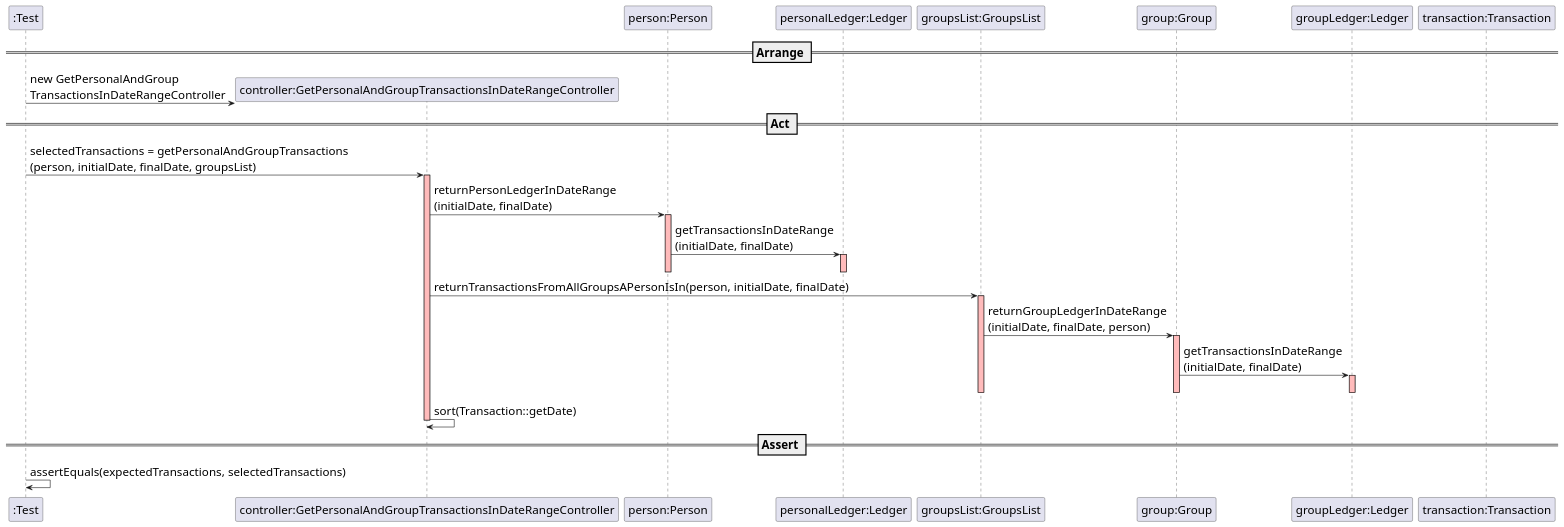
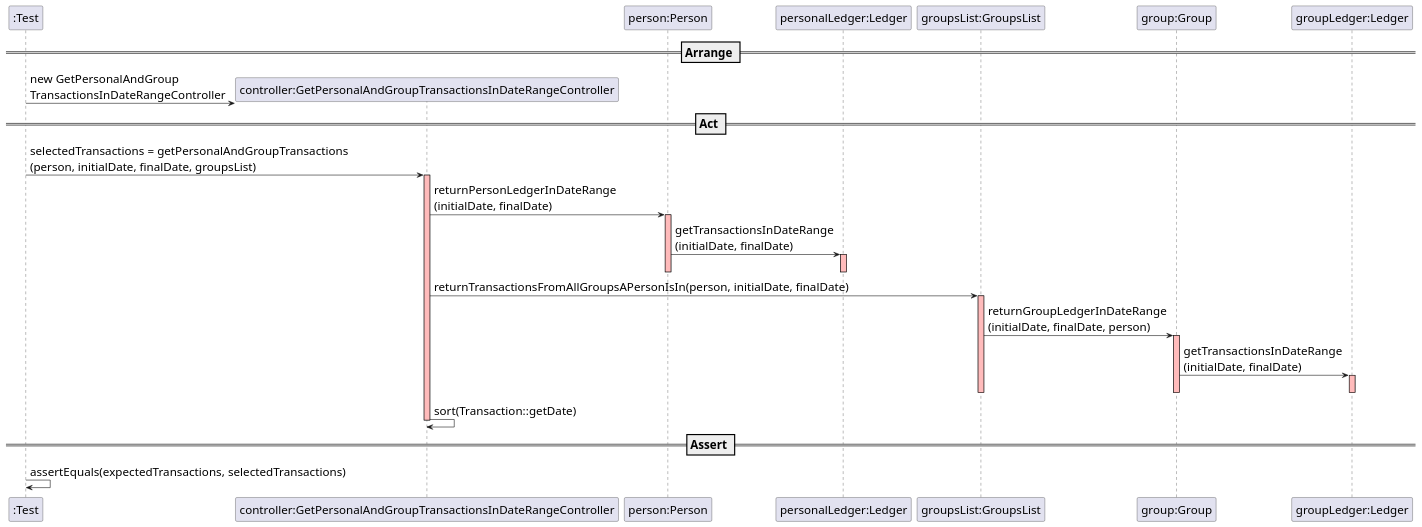
One commit to mleitaoribeiro/DevOpsMaven changed the diagram in docs/SequenceDiagram - US019.puml. Above: the diagram before and after it, drawn with PlantUML.

Commit message:
fix #411 remove transaction from SD US019

```diff
--- a/docs/SequenceDiagram - US019.puml
+++ b/docs/SequenceDiagram - US019.puml
@@ -1,48 +1,46 @@
 @startuml
 skinparam DefaultFontSize 20
 participant ":Test"
 
 == Arrange ==
 
 create "controller:GetPersonalAndGroupTransactionsInDateRangeController"
 ":Test" -> "controller:GetPersonalAndGroupTransactionsInDateRangeController" : new GetPersonalAndGroup\nTransactionsInDateRangeController
 
 participant "person:Person"
 participant "personalLedger:Ledger"
 participant "groupsList:GroupsList"
 participant "group:Group"
 participant "groupLedger:Ledger"
-participant "transaction:Transaction"
-
 == Act ==
 
 ":Test" -> "controller:GetPersonalAndGroupTransactionsInDateRangeController" : selectedTransactions = getPersonalAndGroupTransactions\n(person, initialDate, finalDate, groupsList)
 activate "controller:GetPersonalAndGroupTransactionsInDateRangeController" #FFBBBB
 
 "controller:GetPersonalAndGroupTransactionsInDateRangeController" -> "person:Person" : returnPersonLedgerInDateRange\n(initialDate, finalDate)
 activate "person:Person" #FFBBBB
 "person:Person" -> "personalLedger:Ledger" : getTransactionsInDateRange\n(initialDate, finalDate)
 activate "personalLedger:Ledger" #FFBBBB
 
 deactivate "personalLedger:Ledger" #FFBBBB
 deactivate "person:Person"
 
 "controller:GetPersonalAndGroupTransactionsInDateRangeController" -> "groupsList:GroupsList" : returnTransactionsFromAllGroupsAPersonIsIn(person, initialDate, finalDate)
 activate "groupsList:GroupsList" #FFBBBB
 "groupsList:GroupsList" -> "group:Group" : returnGroupLedgerInDateRange\n(initialDate, finalDate, person)
 activate "group:Group" #FFBBBB
 "group:Group" -> "groupLedger:Ledger" : getTransactionsInDateRange\n(initialDate, finalDate)
 activate "groupLedger:Ledger" #FFBBBB
 
 deactivate "groupLedger:Ledger" #FFBBBB
 deactivate "group:Group"
 deactivate "groupsList:GroupsList"
 
 "controller:GetPersonalAndGroupTransactionsInDateRangeController" -> "controller:GetPersonalAndGroupTransactionsInDateRangeController": sort(Transaction::getDate)
 deactivate "controller:GetPersonalAndGroupTransactionsInDateRangeController" #FFBBBB
 
 == Assert ==
 
 ":Test" -> ":Test" : assertEquals(expectedTransactions, selectedTransactions)
 
 @enduml
```
